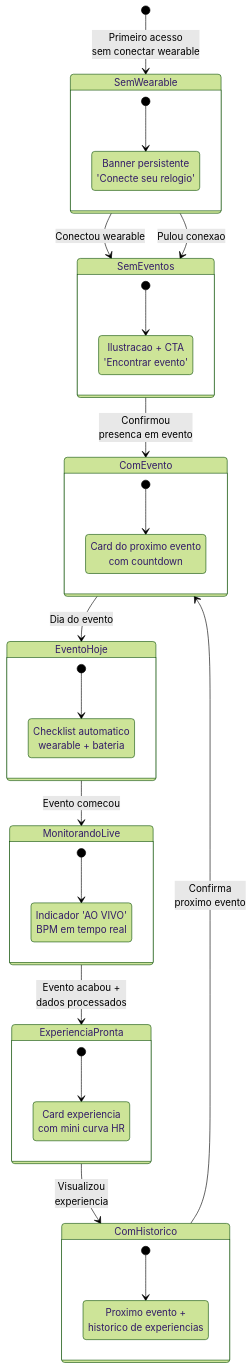
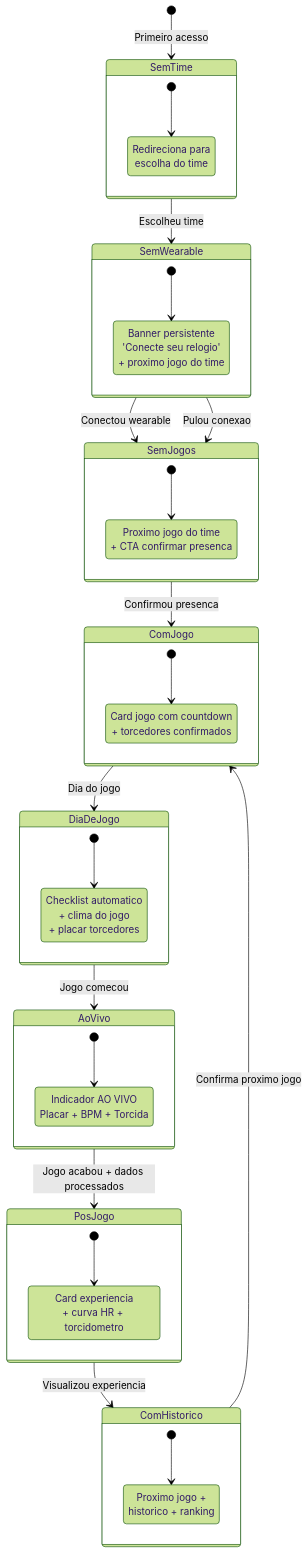
The seventh of 9 diagrams in docs/ux/user-flow-diagram.md (felipezanucci/tumtum), drawn with Mermaid (forest theme) before and after one commit. The commit also changed other lines of this file and 2 other files, not shown here.

````diff
--- a/docs/ux/user-flow-diagram.md
+++ b/docs/ux/user-flow-diagram.md
@@ -332,54 +397,61 @@
 ```mermaid
 stateDiagram-v2
-    [*] --> SemWearable: Primeiro acesso<br/>sem conectar wearable
+    [*] --> SemTime: Primeiro acesso
 
-    SemWearable --> SemEventos: Conectou wearable
-    SemWearable --> SemEventos: Pulou conexao
+    SemTime --> SemWearable: Escolheu time
 
-    SemEventos --> ComEvento: Confirmou<br/>presenca em evento
+    SemWearable --> SemJogos: Conectou wearable
+    SemWearable --> SemJogos: Pulou conexao
 
-    ComEvento --> EventoHoje: Dia do evento
+    SemJogos --> ComJogo: Confirmou presenca
 
-    EventoHoje --> MonitorandoLive: Evento comecou
+    ComJogo --> DiaDeJogo: Dia do jogo
 
-    MonitorandoLive --> ExperienciaPronta: Evento acabou +<br/>dados processados
+    DiaDeJogo --> AoVivo: Jogo comecou
 
-    ExperienciaPronta --> ComHistorico: Visualizou<br/>experiencia
+    AoVivo --> PosJogo: Jogo acabou + dados processados
 
-    ComHistorico --> ComEvento: Confirma<br/>proximo evento
+    PosJogo --> ComHistorico: Visualizou experiencia
+
+    ComHistorico --> ComJogo: Confirma proximo jogo
+
+    state SemTime {
+        [*] --> TelaEscolhaTime
+        TelaEscolhaTime: Redireciona para<br/>escolha do time
+    }
 
     state SemWearable {
         [*] --> BannerConectar
-        BannerConectar: Banner persistente<br/>'Conecte seu relogio'
+        BannerConectar: Banner persistente<br/>'Conecte seu relogio'<br/>+ proximo jogo do time
     }
 
-    state SemEventos {
+    state SemJogos {
         [*] --> EmptyState
-        EmptyState: Ilustracao + CTA<br/>'Encontrar evento'
+        EmptyState: Proximo jogo do time<br/>+ CTA confirmar presenca
     }
 
-    state ComEvento {
-        [*] --> CardProximoEvento
-        CardProximoEvento: Card do proximo evento<br/>com countdown
+    state ComJogo {
+        [*] --> CardProximoJogo
+        CardProximoJogo: Card jogo com countdown<br/>+ torcedores confirmados
     }
 
-    state EventoHoje {
-        [*] --> ChecklistPreEvento
-        ChecklistPreEvento: Checklist automatico<br/>wearable + bateria
+    state DiaDeJogo {
+        [*] --> ChecklistPreJogo
+        ChecklistPreJogo: Checklist automatico<br/>+ clima do jogo<br/>+ placar torcedores
     }
 
-    state MonitorandoLive {
+    state AoVivo {
         [*] --> StatusLive
-        StatusLive: Indicador 'AO VIVO'<br/>BPM em tempo real
+        StatusLive: Indicador AO VIVO<br/>Placar + BPM + Torcida
     }
 
-    state ExperienciaPronta {
+    state PosJogo {
         [*] --> CardExperiencia
-        CardExperiencia: Card experiencia<br/>com mini curva HR
+        CardExperiencia: Card experiencia<br/>+ curva HR + torcidometro
     }
 
     state ComHistorico {
-        [*] --> ListaExperiencias
-        ListaExperiencias: Proximo evento +<br/>historico de experiencias
+        [*] --> HistoricoCompleto
+        HistoricoCompleto: Proximo jogo +<br/>historico + ranking
     }
 ```
````
